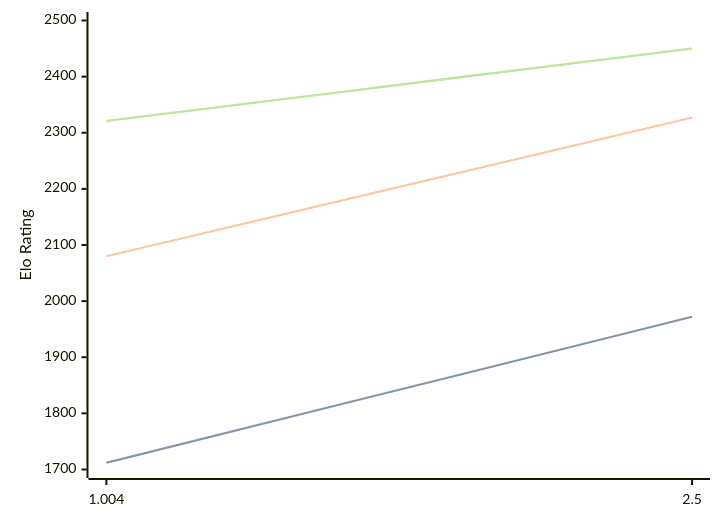
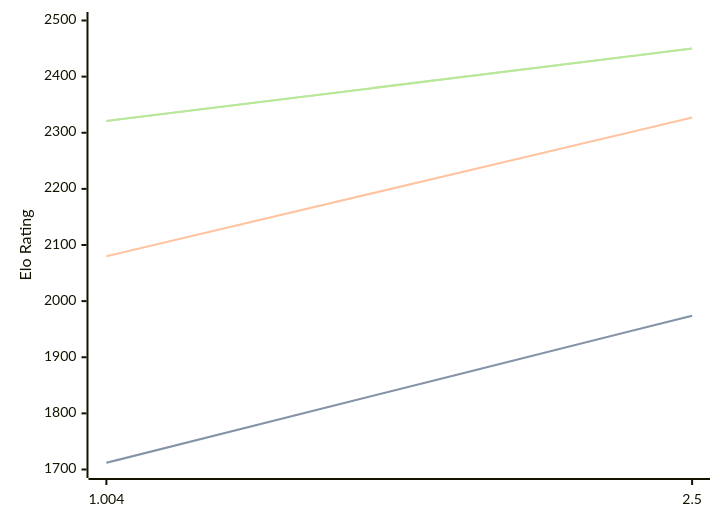
One commit to computer-chess-index/cci changed the diagram in engines/Ares.md. Above: the diagram before and after it, drawn with Mermaid. The commit also changed other lines of this file, not shown here.

````diff
--- a/engines/Ares.md
+++ b/engines/Ares.md
@@ -32,11 +32,11 @@
 ```mermaid
 %%{init: {"theme":"base","themeVariables":{"seriesColors:['#a3a3a3','#222221','#faa371']}}}%%
 xychart-beta
   x-axis ["1.004", "2.5"]
   y-axis "Elo Rating" 1700 --> 2500
-  line "" [1712, 1972]
-  line "STC (8.0+0.08s)" [1712, 1972]
+  line "" [1712, 1974]
+  line "STC (8.0+0.08s)" [1712, 1974]
   line "LTC (60.0+0.60s)" [2080, 2327]
   line "" [2321, 2450]
   line "VLTC (2m24s+1.12s)" [2321, 2450]
 ```
````
